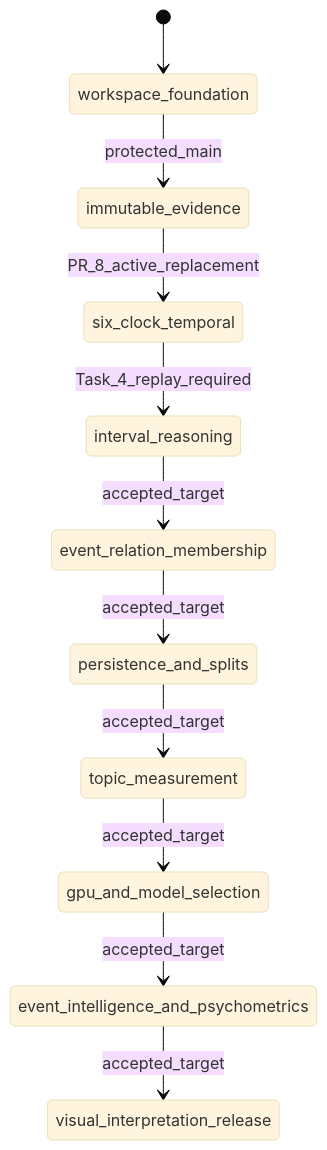
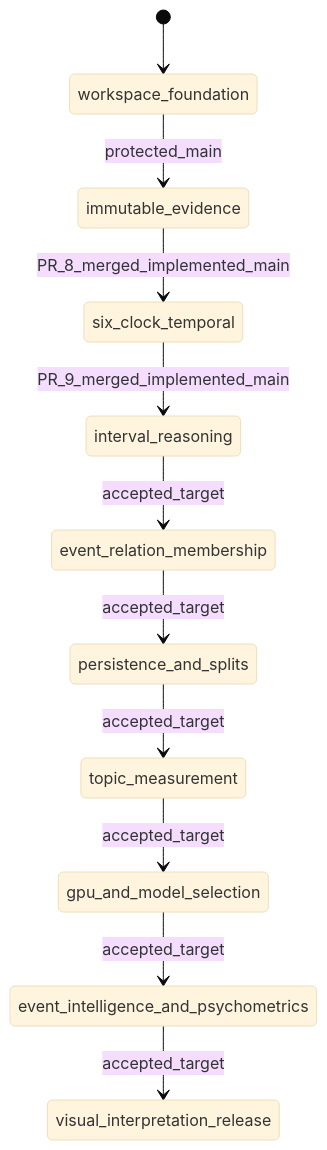
Before and after one commit to ContextualWisdomLab/TEPP: the seventh of 7 diagrams in docs/UML.md, drawn with Mermaid (base theme). The commit also changed 1 other file, not shown here.

Commit message:
docs: align implementation state evidence

````diff
--- a/docs/UML.md
+++ b/docs/UML.md
@@ -139,13 +139,13 @@
 ```mermaid
 stateDiagram-v2
     [*] --> workspace_foundation
     workspace_foundation --> immutable_evidence: protected_main
-    immutable_evidence --> six_clock_temporal: PR_8_active_replacement
-    six_clock_temporal --> interval_reasoning: Task_4_replay_required
+    immutable_evidence --> six_clock_temporal: PR_8_merged_implemented_main
+    six_clock_temporal --> interval_reasoning: PR_9_merged_implemented_main
     interval_reasoning --> event_relation_membership: accepted_target
     event_relation_membership --> persistence_and_splits: accepted_target
     persistence_and_splits --> topic_measurement: accepted_target
     topic_measurement --> gpu_and_model_selection: accepted_target
     gpu_and_model_selection --> event_intelligence_and_psychometrics: accepted_target
     event_intelligence_and_psychometrics --> visual_interpretation_release: accepted_target
 ```
````
